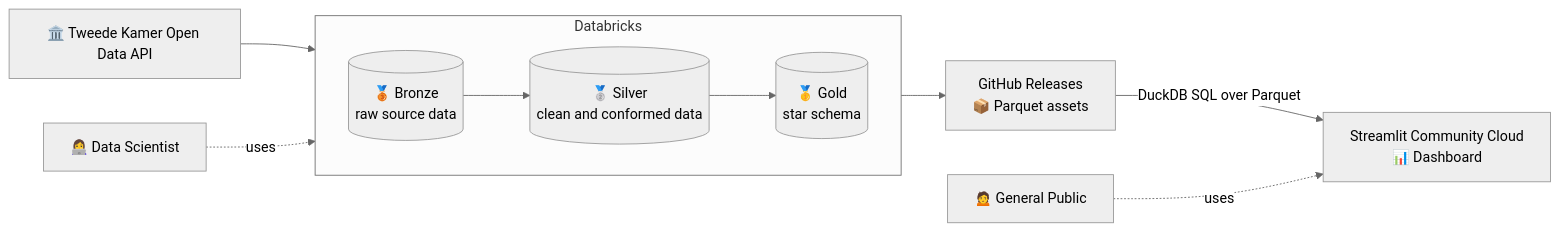
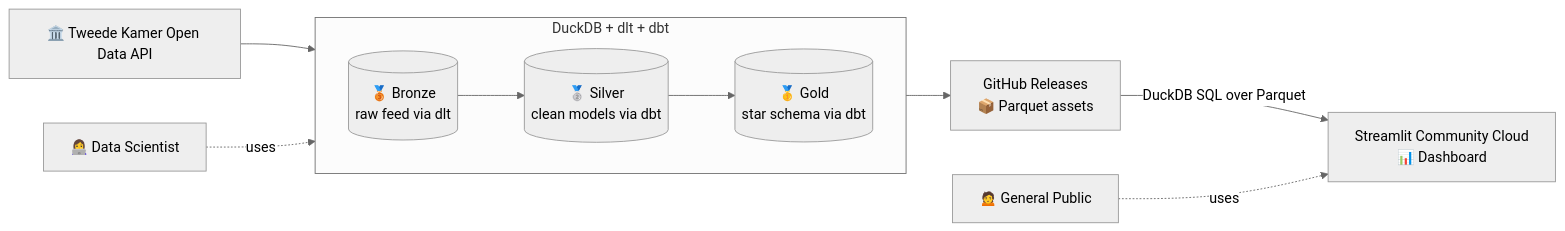
Before and after one commit to afvanwoudenberg/tweedekamer-monitor: the diagram in ARCHITECTURE.md, drawn with Mermaid (neutral theme). The commit also changed other lines of this file and 57 other files, not shown here.

````diff
--- a/ARCHITECTURE.md
+++ b/ARCHITECTURE.md
@@ -31,29 +31,29 @@
 ```mermaid
 flowchart LR
     API["🏛️ Tweede Kamer Open Data API"]
     
-    subgraph DB["Databricks"]
+    subgraph LocalEngine["DuckDB + dlt + dbt"]
         direction LR
-        B[("🥉 Bronze\nraw source data")]
-        S[("🥈 Silver\nclean and conformed data")]
-        G[("🥇 Gold\nstar schema")]
+        B[("🥉 Bronze\nraw feed via dlt")]
+        S[("🥈 Silver\nclean models via dbt")]
+        G[("🥇 Gold\nstar schema via dbt")]
         
         B --> S --> G
     end
 
     GH["GitHub Releases\n📦 Parquet assets"]
     SC["Streamlit Community Cloud\n📊 Dashboard"]
     USER["🙍 General Public"]
     ANALYST["👩‍💻 Data Scientist"]
 
 
     API --> B
     G --> GH
         
     %% The dashboard is placed under the assets
     GH -- "DuckDB SQL over Parquet" --> SC
     
     %% The user is placed to the left of the dashboard
     USER -. "uses" .-> SC
-    ANALYST -. "uses" .-> DB
+    ANALYST -. "uses" .-> LocalEngine
 ```
````
